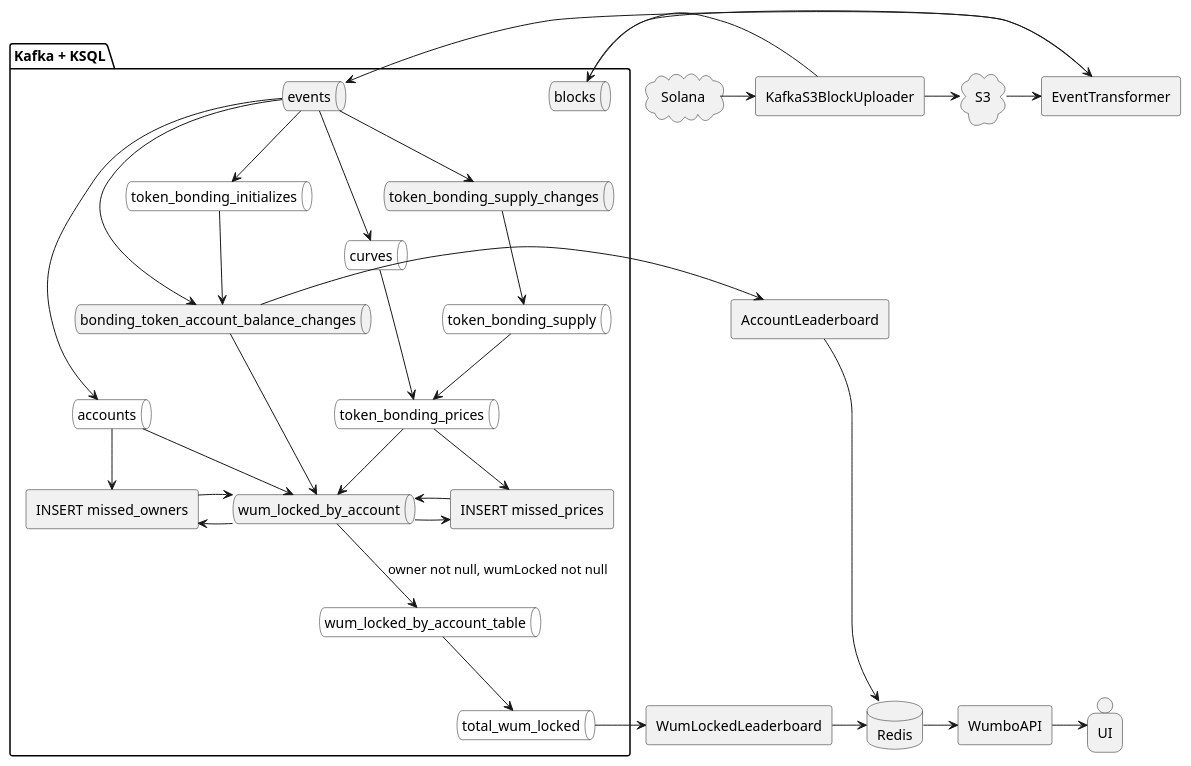
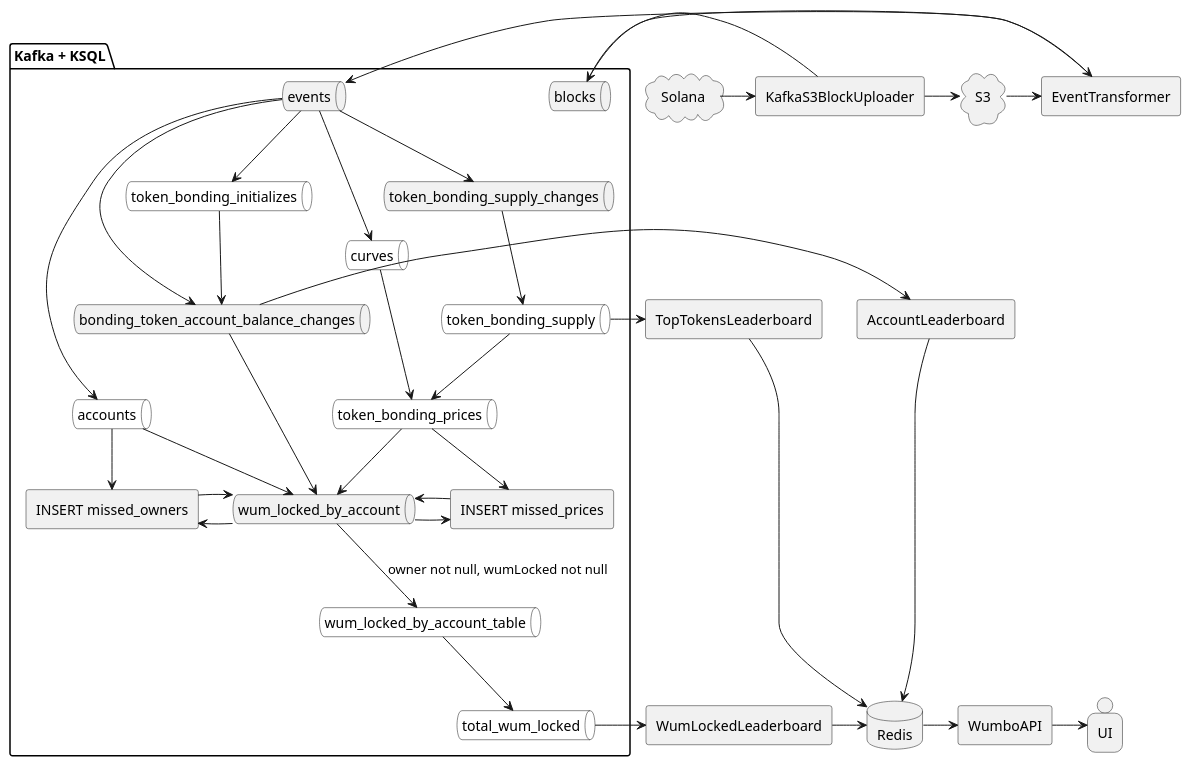
Before and after one commit to StrataFoundation/strata-data-pipelines: the diagram in architecture.puml, drawn with PlantUML. The commit also changed 1 other file, not shown here.

Commit message:
Add top tokens leaderboard

```diff
--- a/architecture.puml
+++ b/architecture.puml
@@ -1,83 +1,87 @@
 @startuml architecture
 
 package "Kafka + KSQL" as k {
   queue accounts #fff
   queue blocks
   queue bonding_token_account_balance_changes
   queue token_bonding_initializes #fff
   queue curves #fff
   queue events
   queue token_bonding_prices #fff
   queue token_bonding_supply #fff
   queue token_bonding_supply_changes
   queue total_wum_locked #fff
   queue wum_locked_by_account
   queue wum_locked_by_account_table #fff
 
     
   events --> token_bonding_initializes
 
   events --> bonding_token_account_balance_changes
   token_bonding_initializes --> bonding_token_account_balance_changes
 
   events --> token_bonding_supply_changes
 
   token_bonding_supply_changes --> token_bonding_supply
 
   events --> curves
 
   events --> accounts
 
   token_bonding_supply --> token_bonding_prices
   curves --> token_bonding_prices
 
   bonding_token_account_balance_changes --> wum_locked_by_account
   token_bonding_prices --> wum_locked_by_account
   accounts --> wum_locked_by_account
 
   agent "INSERT missed_owners" as missed_owners
   agent "INSERT missed_prices" as missed_prices
 
   token_bonding_prices -> missed_prices
   accounts -> missed_owners
   wum_locked_by_account -> missed_owners
   wum_locked_by_account -> missed_prices
 
   missed_owners -> wum_locked_by_account
   missed_prices -> wum_locked_by_account
 
   wum_locked_by_account_table --> total_wum_locked
 
   wum_locked_by_account --> wum_locked_by_account_table : owner not null, wumLocked not null
 }
 
 agent KafkaS3BlockUploader
 agent AccountLeaderboard
 agent WumLockedLeaderboard
+agent TopTokensLeaderboard
 agent WumboAPI
 
 cloud Solana
 cloud S3
 database Redis
 person UI
 
 Solana -> KafkaS3BlockUploader
 KafkaS3BlockUploader -> blocks
 KafkaS3BlockUploader -> S3
 
 agent EventTransformer
 
 S3 -> EventTransformer
 blocks --> EventTransformer
 EventTransformer -> events
 
 total_wum_locked -> WumLockedLeaderboard
 WumLockedLeaderboard -> Redis
 
+token_bonding_supply -> TopTokensLeaderboard
+TopTokensLeaderboard -> Redis
+
 bonding_token_account_balance_changes -> AccountLeaderboard
 AccountLeaderboard -> Redis
 
 Redis -> WumboAPI
 
 WumboAPI -> UI
 @enduml
```
